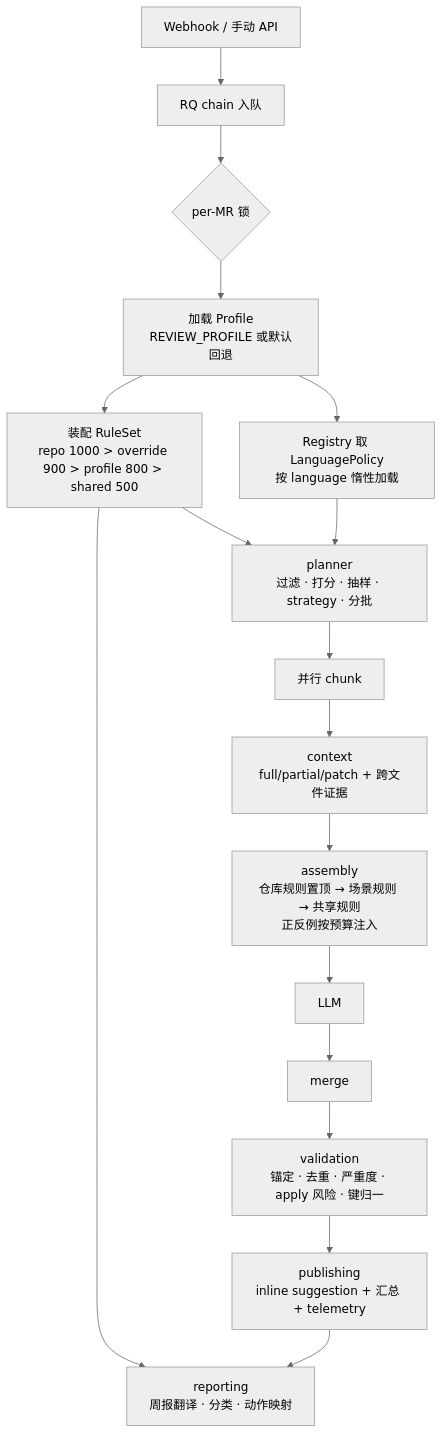
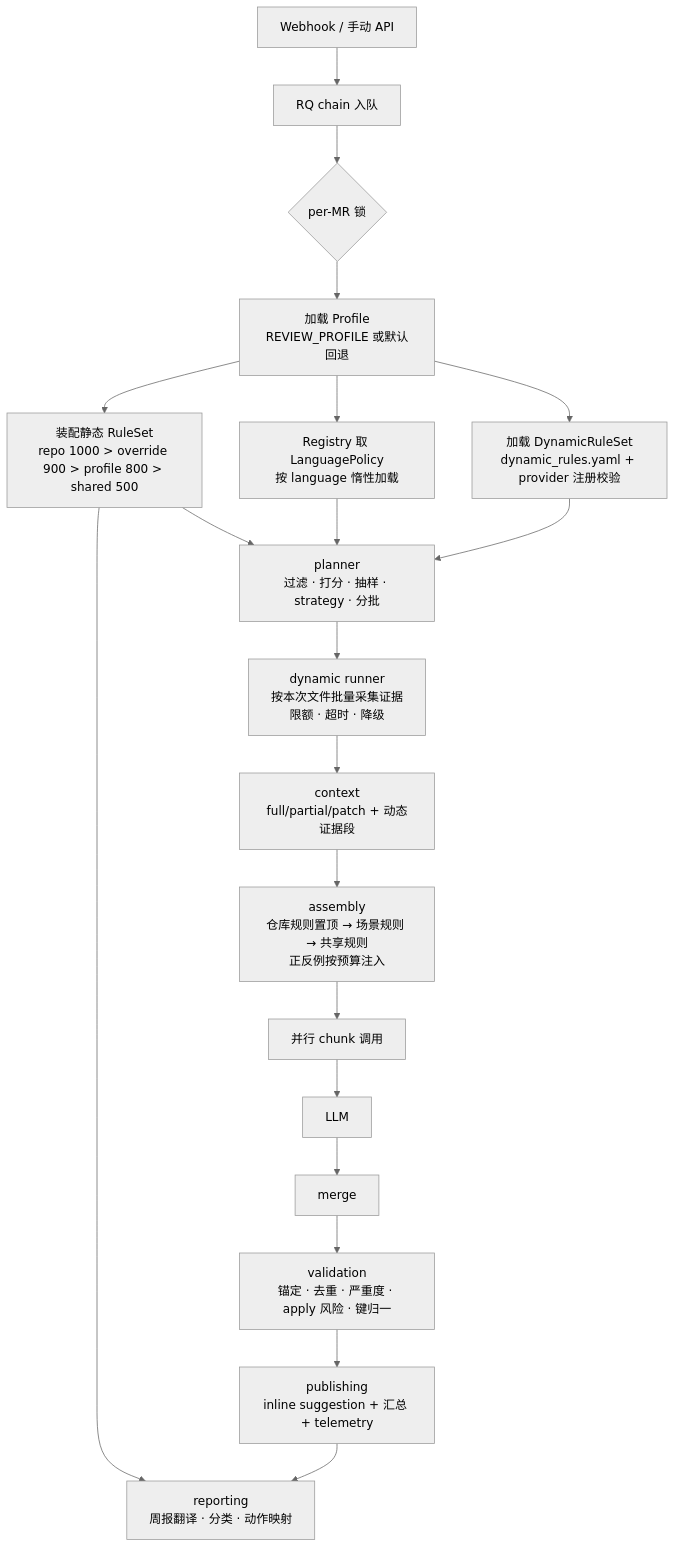
Before and after one commit to jarvs1024/ReviewAgent: the diagram in docs/superpowers/specs/2026-11-07-multi-language-review-design.md, drawn with Mermaid (neutral theme). The commit also changed other lines of this file, not shown here.

````diff
--- a/docs/superpowers/specs/2026-11-07-multi-language-review-design.md
+++ b/docs/superpowers/specs/2026-11-07-multi-language-review-design.md
@@ -173,19 +194,22 @@
 ```mermaid
 flowchart TD
     A[Webhook / 手动 API] --> B[RQ chain 入队]
     B --> C{per-MR 锁}
     C --> D[加载 Profile<br/>REVIEW_PROFILE 或默认回退]
-    D --> E[装配 RuleSet<br/>repo 1000 > override 900 > profile 800 > shared 500]
+    D --> E[装配静态 RuleSet<br/>repo 1000 > override 900 > profile 800 > shared 500]
     D --> F[Registry 取 LanguagePolicy<br/>按 language 惰性加载]
+    D --> P[加载 DynamicRuleSet<br/>dynamic_rules.yaml + provider 注册校验]
     E --> G[planner<br/>过滤 · 打分 · 抽样 · strategy · 分批]
     F --> G
-    G --> H[并行 chunk]
-    H --> I[context<br/>full/partial/patch + 跨文件证据]
+    P --> G
+    G --> Q[dynamic runner<br/>按本次文件批量采集证据<br/>限额 · 超时 · 降级]
+    Q --> I[context<br/>full/partial/patch + 动态证据段]
     I --> J[assembly<br/>仓库规则置顶 → 场景规则 → 共享规则<br/>正反例按预算注入]
-    J --> K[LLM]
+    J --> H[并行 chunk 调用]
+    H --> K[LLM]
     K --> L[merge]
     L --> M[validation<br/>锚定 · 去重 · 严重度 · apply 风险 · 键归一]
     M --> N[publishing<br/>inline suggestion + 汇总 + telemetry]
     E --> O[reporting<br/>周报翻译 · 分类 · 动作映射]
     N --> O
 ```
````
